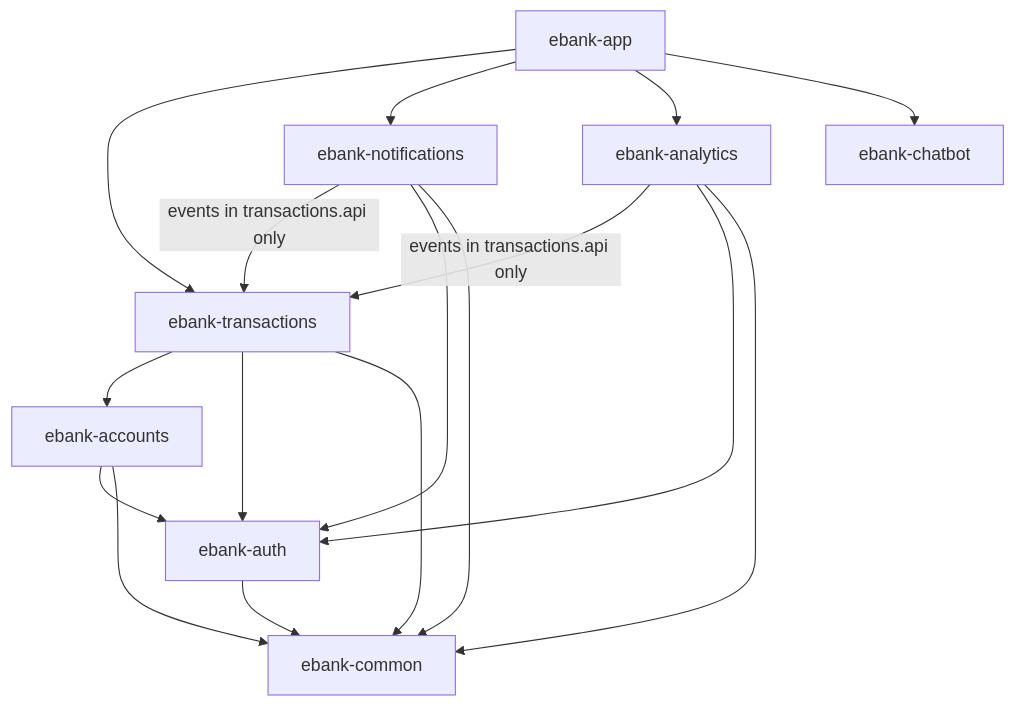
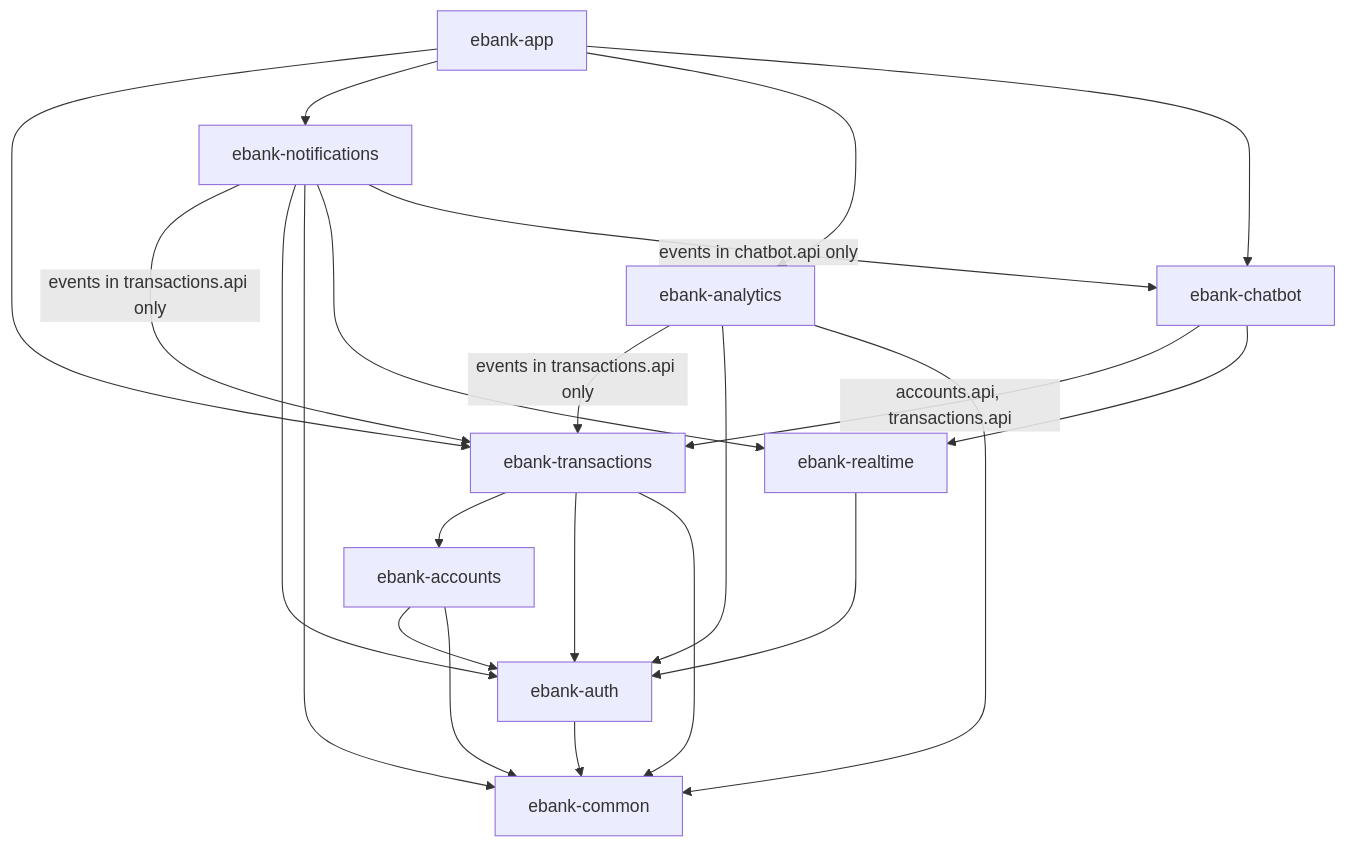
One commit to Samlogy/ebank-app-learn changed the second of 3 diagrams in README.md. Above: the diagram before and after it, drawn with Mermaid. The commit also changed other lines of this file and 34 other files, not shown here.

````diff
--- a/README.md
+++ b/README.md
@@ -89,19 +95,24 @@
 ```mermaid
 flowchart TD
     App[ebank-app] --> Transactions[ebank-transactions]
     App --> Notifications[ebank-notifications]
     App --> Analytics[ebank-analytics]
     App --> Chatbot[ebank-chatbot]
     Transactions --> Accounts[ebank-accounts]
     Transactions --> Auth[ebank-auth]
     Transactions --> Common[ebank-common]
     Notifications -->|events in transactions.api only| Transactions
     Notifications --> Auth
     Notifications --> Common
     Analytics -->|events in transactions.api only| Transactions
     Analytics --> Auth
     Analytics --> Common
+    Chatbot -->|accounts.api, transactions.api| Transactions
+    Chatbot --> Realtime[ebank-realtime]
+    Notifications --> Realtime
+    Notifications -->|events in chatbot.api only| Chatbot
+    Realtime --> Auth
     Accounts --> Auth
     Accounts --> Common
     Auth --> Common
 ```
````
